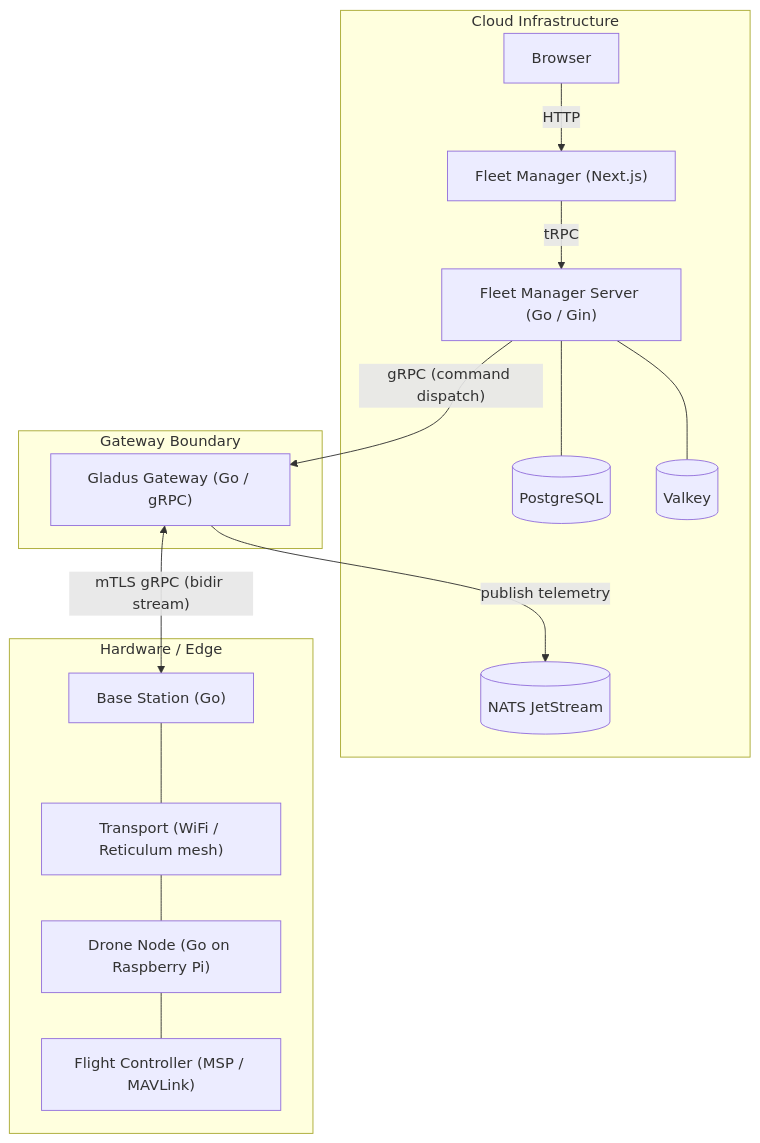
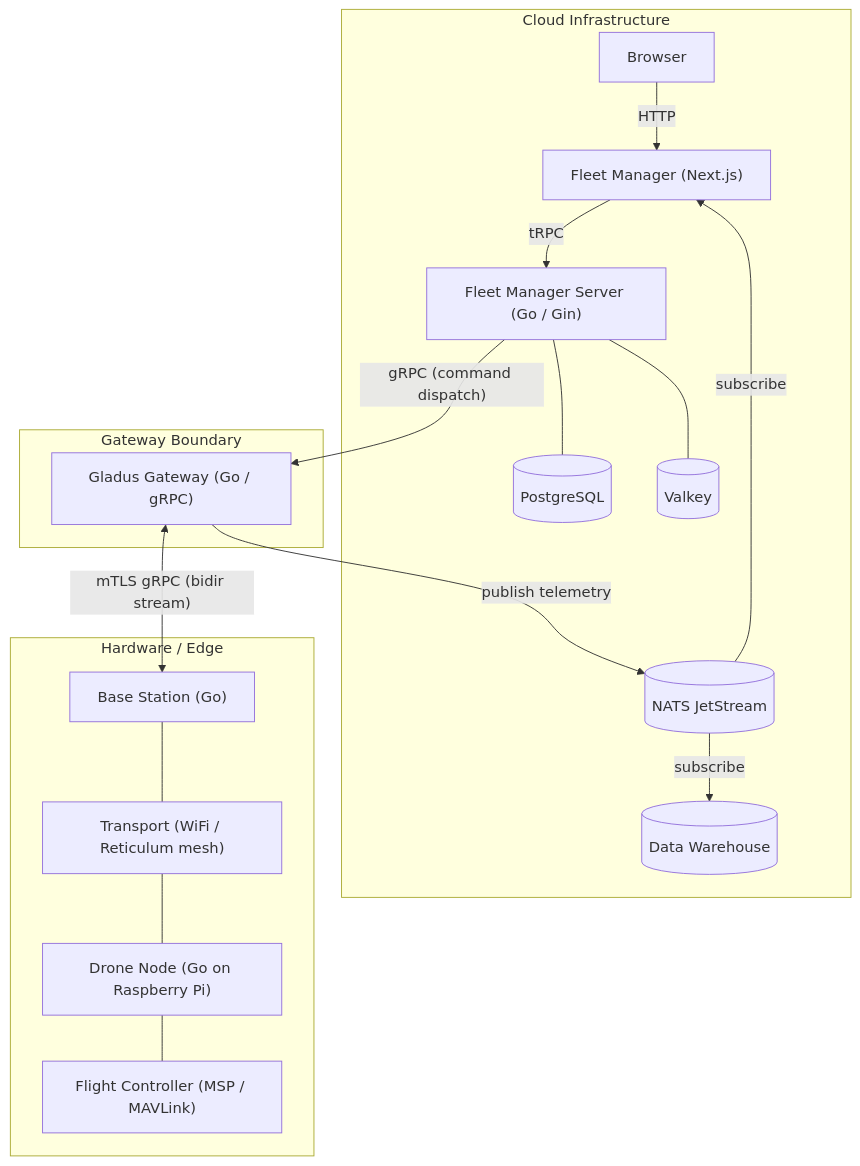
The diagram in profile/README.md (vectr-ch/.github), drawn with Mermaid before and after one commit. The commit also changed other lines of this file, not shown here.

Commit message:
Updated profile readme

````diff
--- a/profile/README.md
+++ b/profile/README.md
@@ -7,36 +7,39 @@
 ```mermaid
 flowchart TB
     subgraph Cloud["Cloud Infrastructure"]
         Browser["Browser"]
         FM["Fleet Manager (Next.js)"]
         FMS["Fleet Manager Server (Go / Gin)"]
         PG[(PostgreSQL)]
         VK[(Valkey)]
         NATS[(NATS JetStream)]
+        DW[(Data Warehouse)]
 
         Browser -->|"HTTP"| FM
         FM -->|"tRPC"| FMS
         FMS --- PG
         FMS --- VK
+        NATS -->|"subscribe"| FM
+        NATS -->|"subscribe"| DW
     end
 
     subgraph Gateway["Gateway Boundary"]
         GW["Gladus Gateway (Go / gRPC)"]
     end
 
     FMS -->|"gRPC (command dispatch)"| GW
     GW -->|"publish telemetry"| NATS
 
     subgraph Hardware["Hardware / Edge"]
         BS["Base Station (Go)"]
         MESH["Transport (WiFi / Reticulum mesh)"]
         NODE["Drone Node (Go on Raspberry Pi)"]
         FC["Flight Controller (MSP / MAVLink)"]
 
         BS --- MESH
         MESH --- NODE
-        NODE ---  FC
+        NODE --- FC
     end
 
     GW <-->|"mTLS gRPC (bidir stream)"| BS
 ```
````
